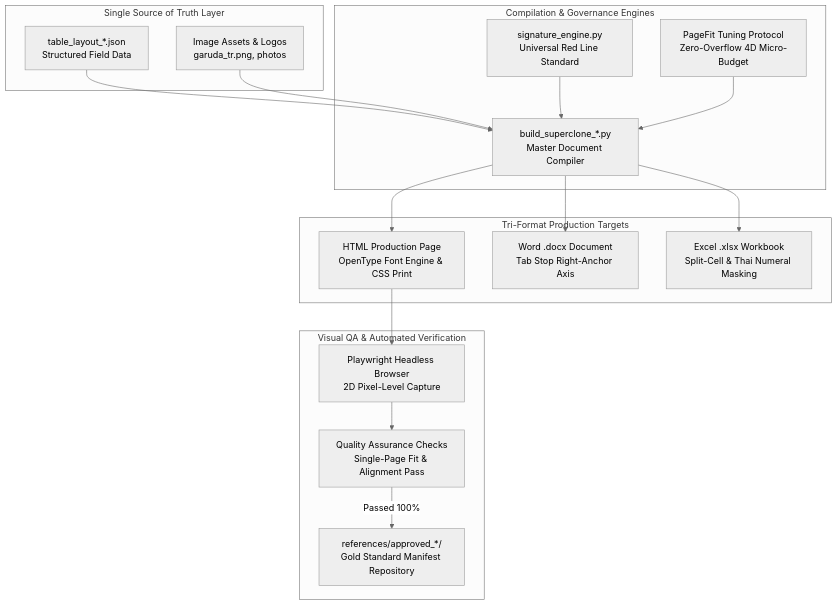
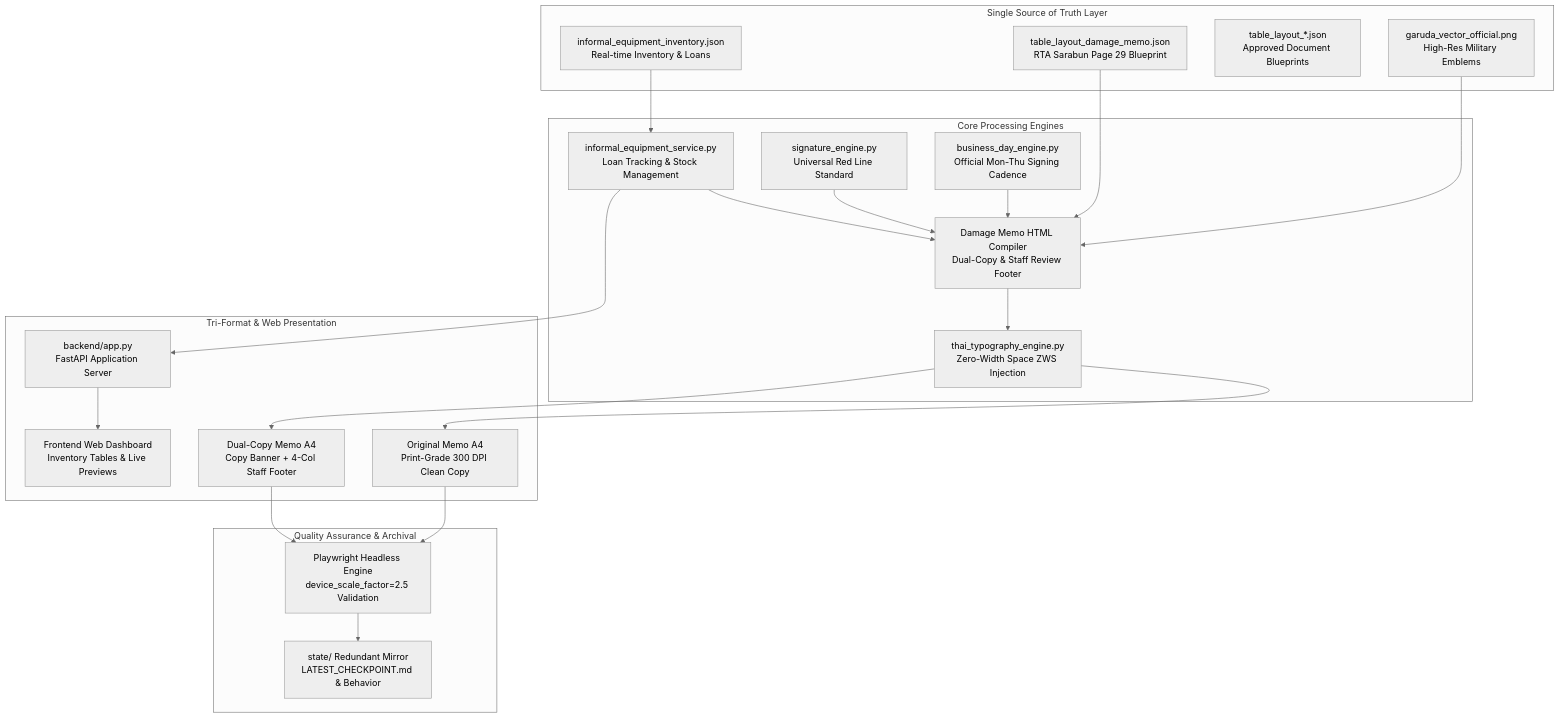
The diagram in state/PROJECT_FLOW.md (palaside/HOWWIZZER), drawn with Mermaid (neutral theme) before and after one commit. The commit also changed other lines of this file and 34 other files, not shown here.

Commit message:
feat(save-state): snapshot project state, upgrade damage memo to RTA Sarabun 2563 page 29 blueprint, add run_webapp.bat launcher

````diff
--- a/state/PROJECT_FLOW.md
+++ b/state/PROJECT_FLOW.md
@@ -10,38 +10,48 @@
 ```mermaid
 graph TD
     subgraph Data Layer [Single Source of Truth Layer]
-        JSON[table_layout_*.json<br>Structured Field Data]
-        ASSETS[Image Assets & Logos<br>garuda_tr.png, photos]
+        INV_DB[informal_equipment_inventory.json<br>Real-time Inventory & Loans]
+        MEMO_BP[table_layout_damage_memo.json<br>RTA Sarabun Page 29 Blueprint]
+        TABLE_BP[table_layout_*.json<br>Approved Document Blueprints]
+        ASSETS[garuda_vector_official.png<br>High-Res Military Emblems]
     end
 
-    subgraph Core Engine Layer [Compilation & Governance Engines]
+    subgraph Service & Engine Layer [Core Processing Engines]
+        INV_SRV[informal_equipment_service.py<br>Loan Tracking & Stock Management]
+        MEMO_ENG[Damage Memo HTML Compiler<br>Dual-Copy & Staff Review Footer]
+        TYPO_ENG[thai_typography_engine.py<br>Zero-Width Space ZWS Injection]
         SIG_ENG[signature_engine.py<br>Universal Red Line Standard]
-        PAGEFIT[PageFit Tuning Protocol<br>Zero-Overflow 4D Micro-Budget]
-        BUILDER[build_superclone_*.py<br>Master Document Compiler]
+        BIZ_ENG[business_day_engine.py<br>Official Mon-Thu Signing Cadence]
     end
 
-    subgraph Rendering & Target Layer [Tri-Format Production Targets]
-        HTML[HTML Production Page<br>OpenType Font Engine & CSS Print]
-        DOCX[Word .docx Document<br>Tab Stop Right-Anchor Axis]
-        XLSX[Excel .xlsx Workbook<br>Split-Cell & Thai Numeral Masking]
+    subgraph Presentation & Target Layer [Tri-Format & Web Presentation]
+        FASTAPI[backend/app.py<br>FastAPI Application Server]
+        WEB_UI[Frontend Web Dashboard<br>Inventory Tables & Live Previews]
+        A4_PAGE1[Original Memo A4<br>Print-Grade 300 DPI Clean Copy]
+        A4_PAGE2[Dual-Copy Memo A4<br>Copy Banner + 4-Col Staff Footer]
     end
 
-    subgraph Verification Layer [Visual QA & Automated Verification]
-        PW[Playwright Headless Browser<br>2D Pixel-Level Capture]
-        QA[Quality Assurance Checks<br>Single-Page Fit & Alignment Pass]
-        REF[references/approved_*/<br>Gold Standard Manifest Repository]
+    subgraph Verification & Mirror Layer [Quality Assurance & Archival]
+        PLAYWRIGHT[Playwright Headless Engine<br>device_scale_factor=2.5 Validation]
+        STATE_MIRROR[state/ Redundant Mirror<br>LATEST_CHECKPOINT.md & Behavior]
     end
 
-    JSON --> BUILDER
-    ASSETS --> BUILDER
-    SIG_ENG --> BUILDER
-    PAGEFIT --> BUILDER
+    INV_DB --> INV_SRV
+    MEMO_BP --> MEMO_ENG
+    ASSETS --> MEMO_ENG
 
-    BUILDER --> HTML
-    BUILDER --> DOCX
-    BUILDER --> XLSX
+    INV_SRV --> MEMO_ENG
+    BIZ_ENG --> MEMO_ENG
+    SIG_ENG --> MEMO_ENG
+    MEMO_ENG --> TYPO_ENG
 
-    HTML --> PW
-    PW --> QA
-    QA -->|Passed 100%| REF
+    INV_SRV --> FASTAPI
+    FASTAPI --> WEB_UI
+
+    TYPO_ENG --> A4_PAGE1
+    TYPO_ENG --> A4_PAGE2
+
+    A4_PAGE1 --> PLAYWRIGHT
+    A4_PAGE2 --> PLAYWRIGHT
+    PLAYWRIGHT --> STATE_MIRROR
 ```
````
